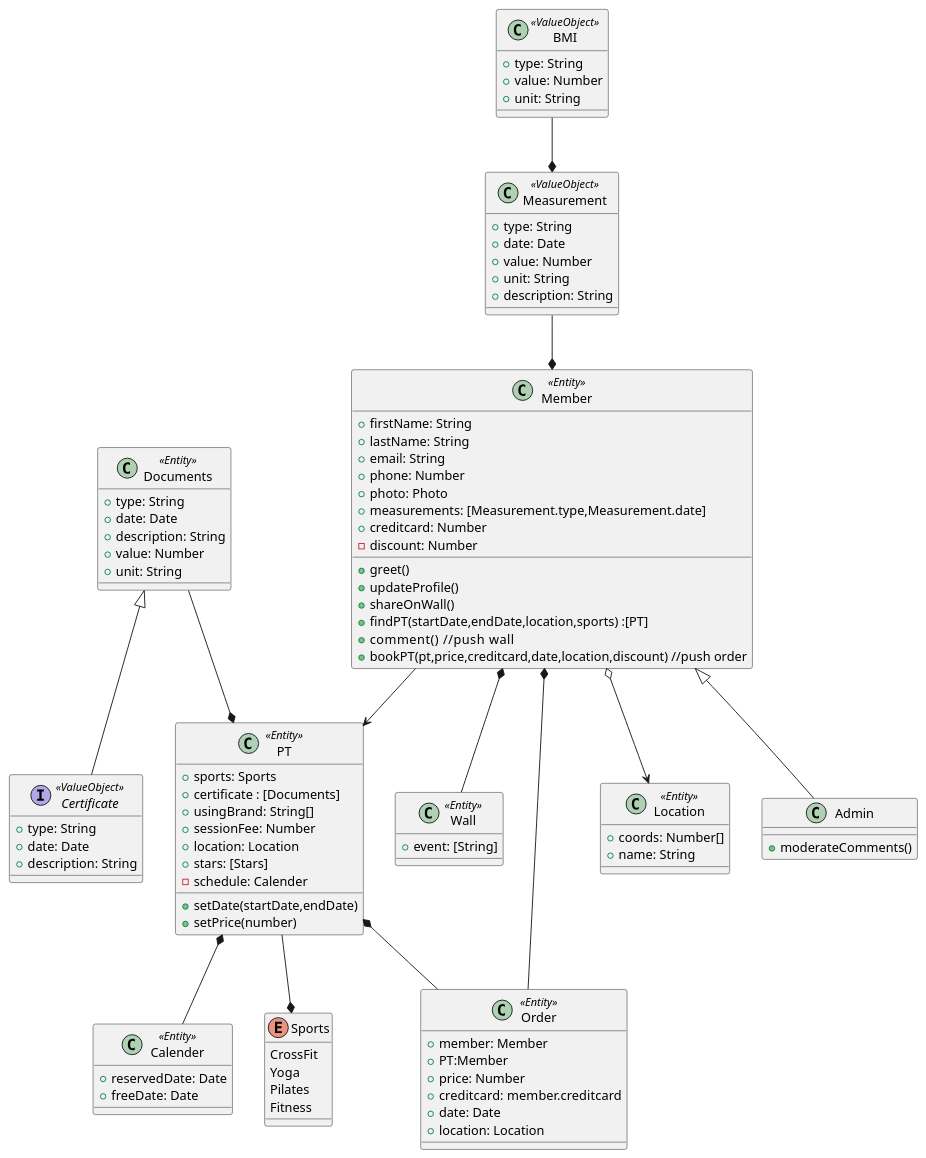
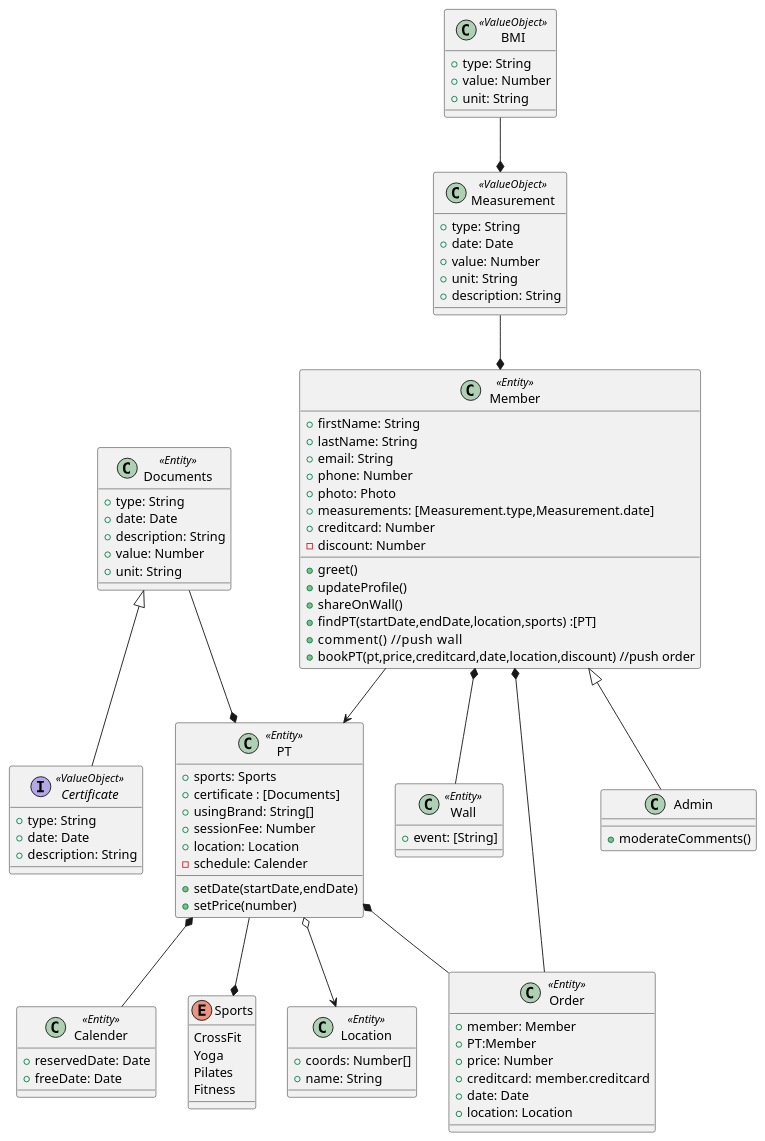
Before and after one commit to aykutmayali/js-nimble: the diagram in class-diagram.puml, drawn with PlantUML. The commit also changed 1 other file, not shown here.

```diff
--- a/class-diagram.puml
+++ b/class-diagram.puml
@@ -1,108 +1,107 @@
 @startuml "Class Diagram"
 class Member <<Entity>>{
     +firstName: String
     +lastName: String
     +email: String
     +phone: Number
     +photo: Photo
     +measurements: [Measurement.type,Measurement.date]
     +creditcard: Number   
     -discount: Number
     +greet()
     +updateProfile()  
     +shareOnWall()     
     +findPT(startDate,endDate,location,sports) :[PT]
     +comment()    //push wall
     +bookPT(pt,price,creditcard,date,location,discount) //push order   
 }
 
 class PT<<Entity>>{
     +sports: Sports
     +certificate : [Documents]
     +usingBrand: String[]
     +sessionFee: Number
-    +location: Location
-    +stars: [Stars]
+    +location: Location    
     -schedule: Calender
     +setDate(startDate,endDate)
     +setPrice(number)
 
 }
 class Calender<<Entity>>{
     +reservedDate: Date
     +freeDate: Date
 }
 class Wall<<Entity>>{
     +event: [String]
 }
 class Order<<Entity>>{
     +member: Member
     +PT:Member
     +price: Number
     +creditcard: member.creditcard
     +date: Date
     +location: Location
 }
 
 class BMI <<ValueObject>> {
     +type: String
     +value: Number
     +unit: String
 }
 
 class Documents<<Entity>>{
     +type: String
     +date: Date
     +description: String
     +value: Number
     +unit: String
     }
 
 class Measurement <<ValueObject>>{
     +type: String
     +date: Date
     +value: Number
     +unit: String
     +description: String
 }
 
 
 
 interface Certificate <<ValueObject>>{
     +type: String
     +date: Date 
     +description: String 
 }
 
 enum Sports{
     CrossFit
     Yoga
     Pilates
     Fitness
 }
 
 class Location<<Entity>> {
     +coords: Number[]
     +name: String
 }
 
 class Admin {
     +moderateComments()
 }
 
 Admin -up-|> Member
 BMI --* Measurement
 Measurement --* Member
 Certificate -up-|> Documents
 Documents --*PT
 
-Member o--> Location
+PT o--> Location
 Member --> PT
 Member *-- Wall
 Member *-- Order
 PT *-- Order
 PT*-- Calender
 PT --* Sports
 
 
 @enduml
```
